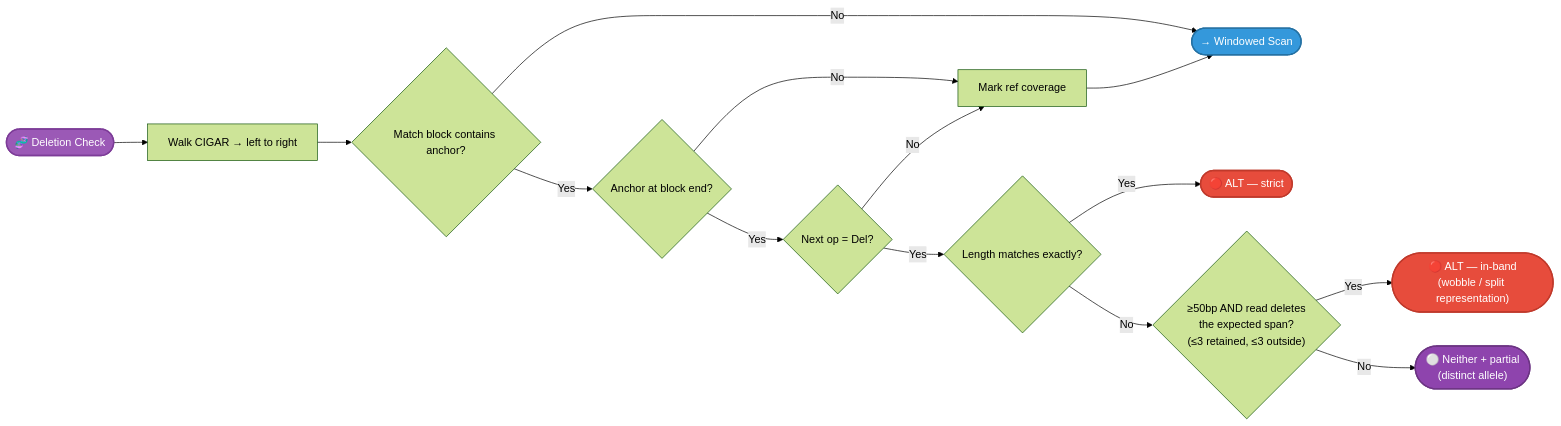
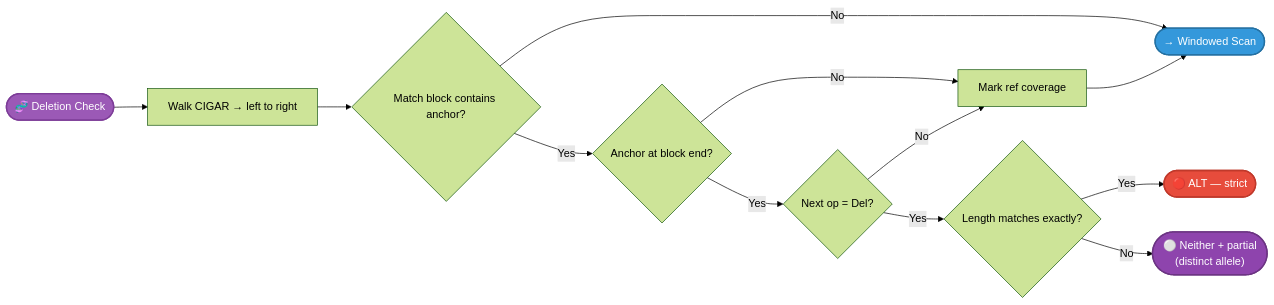
The fifth of 12 diagrams in docs/reference/allele-classification.md (msk-access/gbcms), drawn with Mermaid (forest theme) before and after one commit. The commit also changed other lines of this file and 7 other files, not shown here.

````diff
--- a/docs/reference/allele-classification.md
+++ b/docs/reference/allele-classification.md
@@ -391,21 +419,19 @@
 ```mermaid
 flowchart LR
     Start(["🧬 Deletion Check"]):::start --> Walk["Walk CIGAR → left to right"]
     Walk --> MatchBlk{"Match block contains anchor?"}
     MatchBlk -->|No| WinCheck(["→ Windowed Scan"]):::next
     MatchBlk -->|Yes| AtEnd{"Anchor at block end?"}
     AtEnd -->|No| RefCov["Mark ref coverage"]
     AtEnd -->|Yes| NextDel{"Next op = Del?"}
     NextDel -->|No| RefCov
     NextDel -->|Yes| LenMatch{"Length matches exactly?"}
     LenMatch -->|Yes| StrictAlt(["🔴 ALT — strict"]):::alt
-    LenMatch -->|No| Band{"≥50bp AND read deletes\nthe expected span?\n(≤3 retained, ≤3 outside)"}
-    Band -->|Yes| BandAlt(["🔴 ALT — in-band\n(wobble / split representation)"]):::alt
-    Band -->|No| WLPartial(["⚪ Neither + partial\n(distinct allele)"]):::partial
+    LenMatch -->|No| WLPartial(["⚪ Neither + partial\n(distinct allele)"]):::partial
     RefCov --> WinCheck
 
     classDef start fill:#9b59b6,color:#fff,stroke:#7d3c98,stroke-width:2px;
     classDef next fill:#3498db,color:#fff,stroke:#2471a3,stroke-width:2px;
     classDef alt fill:#e74c3c,color:#fff,stroke:#c0392b,stroke-width:2px;
     classDef partial fill:#8e44ad,color:#fff,stroke:#6c3483,stroke-width:2px;
 ```
````
